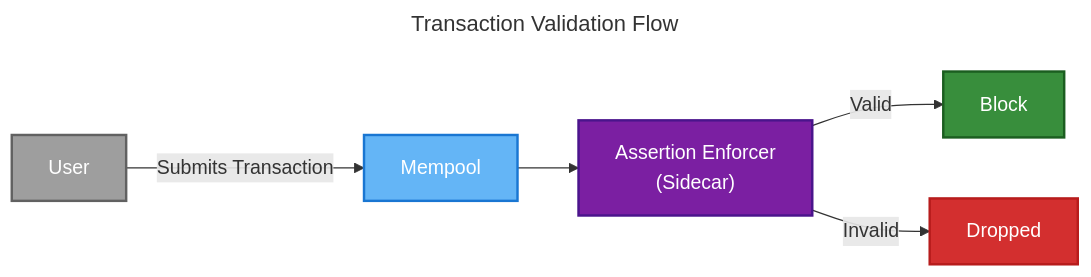
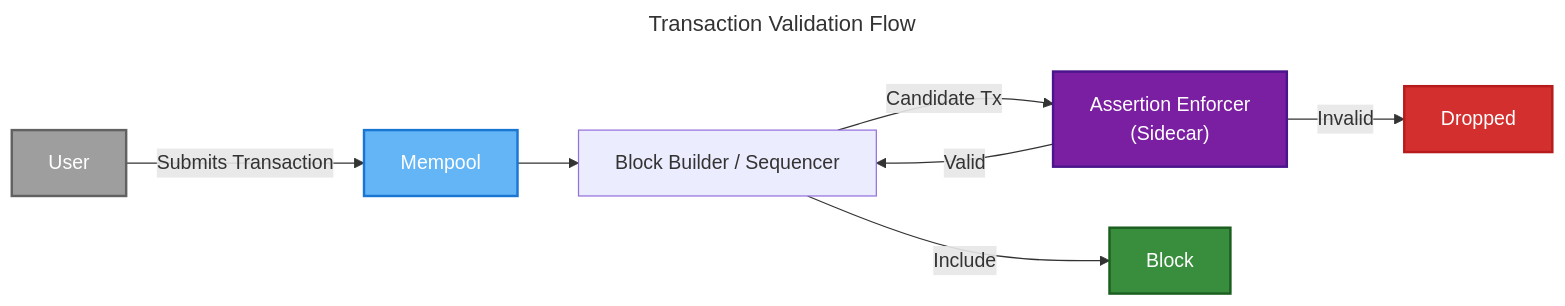
The second of 3 diagrams in credible/architecture-overview.mdx (phylaxsystems/phylax-docs), drawn with Mermaid before and after one commit. The commit also changed other lines of this file and 24 other files, not shown here.

````diff
--- a/credible/architecture-overview.mdx
+++ b/credible/architecture-overview.mdx
@@ -96,23 +96,24 @@
 ```mermaid
 ---
 title: Transaction Validation Flow
 ---
 flowchart LR
     USER["User"] -->|"Submits Transaction"| MP["Mempool"]
-    MP --> SIDECAR["Assertion Enforcer<br/>(Sidecar)"]
-
-    SIDECAR -->|"Valid"| BLOCK["Block"]
+    MP --> BUILDER["Block Builder / Sequencer"]
+    BUILDER -->|"Candidate Tx"| SIDECAR["Assertion Enforcer<br/>(Sidecar)"]
+    SIDECAR -->|"Valid"| BUILDER
     SIDECAR -->|"Invalid"| DROP["Dropped"]
+    BUILDER -->|"Include"| BLOCK["Block"]
 
     classDef user fill:#9e9e9e,stroke:#616161,stroke-width:2px,color:#fff
     classDef mempool fill:#64b5f6,stroke:#1976d2,stroke-width:2px,color:#fff
     classDef sidecar fill:#7b1fa2,stroke:#4a148c,stroke-width:2px,color:#fff
     classDef valid fill:#388e3c,stroke:#1b5e20,stroke-width:2px,color:#fff
     classDef invalid fill:#d32f2f,stroke:#b71c1c,stroke-width:2px,color:#fff
 
     class USER user
     class MP mempool
     class SIDECAR sidecar
     class BLOCK valid
     class DROP invalid
 ```
````
